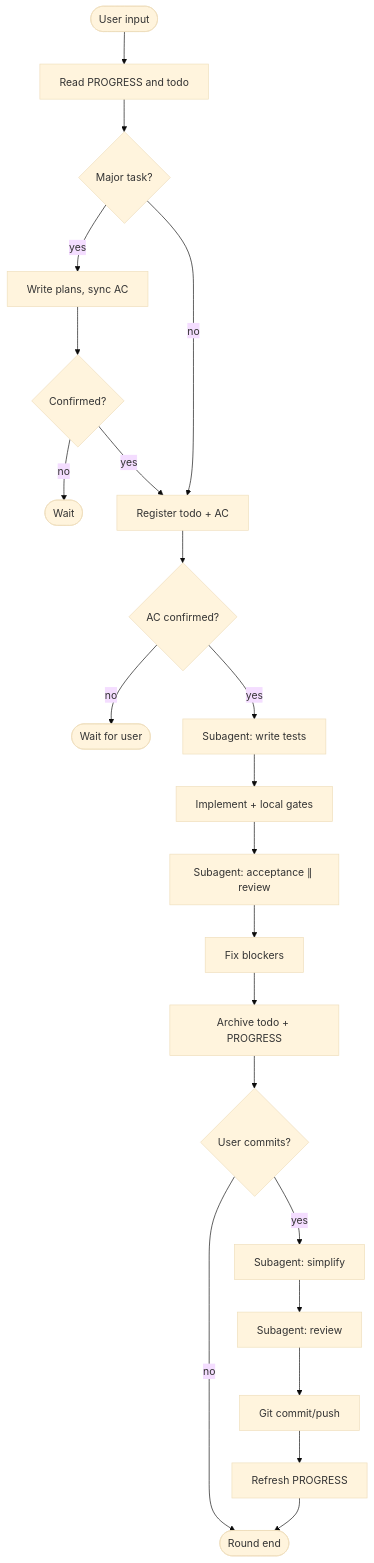
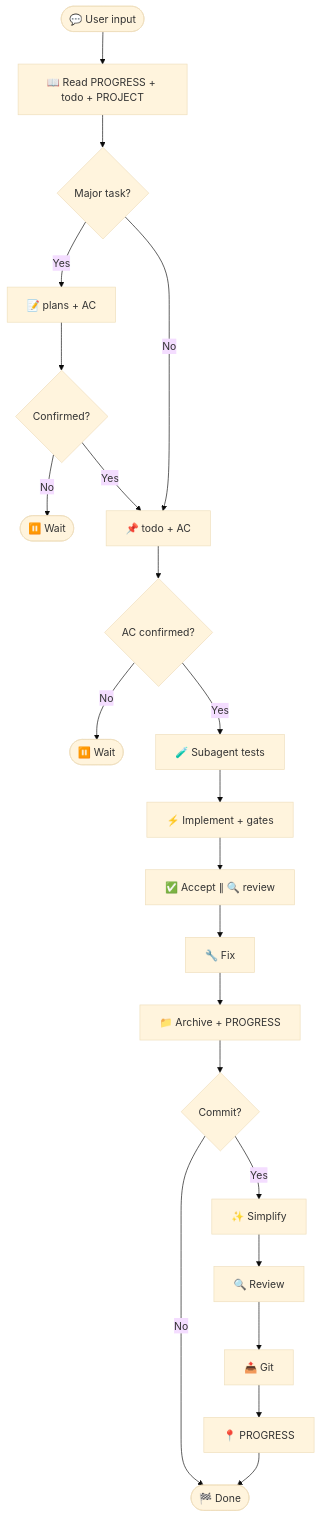
One commit to HYX-LHJ/mini-harness changed the diagram in docs/en/workflow.md. Above: the diagram before and after it, drawn with Mermaid (base theme). The commit also changed other lines of this file and 42 other files, not shown here.

````diff
--- a/docs/en/workflow.md
+++ b/docs/en/workflow.md
@@ -75,24 +92,24 @@
 ```mermaid
 flowchart TD
-    Start(["User input"]) --> Read["Read PROGRESS and todo"]
+    Start(["💬 User input"]) --> Read["📖 Read PROGRESS + todo + PROJECT"]
     Read --> PlanCheck{"Major task?"}
-    PlanCheck -->|yes| Plan["Write plans, sync AC"]
+    PlanCheck -->|Yes| Plan["📝 plans + AC"]
     Plan --> UserOK{"Confirmed?"}
-    UserOK -->|no| Wait(["Wait"])
-    UserOK -->|yes| Todo
-    PlanCheck -->|no| Todo["Register todo + AC"]
+    UserOK -->|No| Wait(["⏸️ Wait"])
+    UserOK -->|Yes| Todo
+    PlanCheck -->|No| Todo["📌 todo + AC"]
     Todo --> ACCheck{"AC confirmed?"}
-    ACCheck -->|no| WaitAC(["Wait for user"])
-    ACCheck -->|yes| TDD["Subagent: write tests"]
-    TDD --> Impl["Implement + local gates"]
-    Impl --> Parallel["Subagent: acceptance ∥ review"]
-    Parallel --> Fix["Fix blockers"]
-    Fix --> Archive["Archive todo + PROGRESS"]
-    Archive --> CommitCheck{"User commits?"}
-    CommitCheck -->|no| End(["Round end"])
-    CommitCheck -->|yes| Simplify["Subagent: simplify"]
-    Simplify --> Review2["Subagent: review"]
-    Review2 --> Git["Git commit/push"]
-    Git --> Sync["Refresh PROGRESS"]
+    ACCheck -->|No| WaitAC(["⏸️ Wait"])
+    ACCheck -->|Yes| TDD["🧪 Subagent tests"]
+    TDD --> Impl["⚡ Implement + gates"]
+    Impl --> Parallel["✅ Accept ∥ 🔍 review"]
+    Parallel --> Fix["🔧 Fix"]
+    Fix --> Archive["📁 Archive + PROGRESS"]
+    Archive --> CommitCheck{"Commit?"}
+    CommitCheck -->|No| End(["🏁 Done"])
+    CommitCheck -->|Yes| Simplify["✨ Simplify"]
+    Simplify --> Review2["🔍 Review"]
+    Review2 --> Git["📤 Git"]
+    Git --> Sync["📍 PROGRESS"]
     Sync --> End
 ```
````
